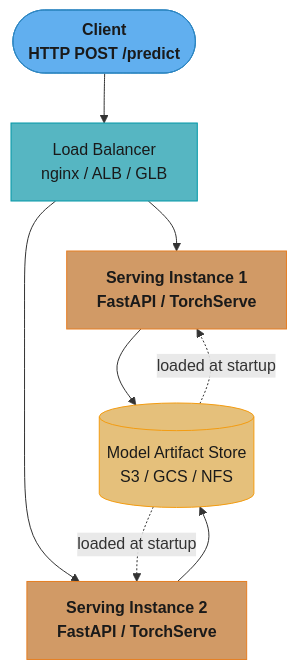
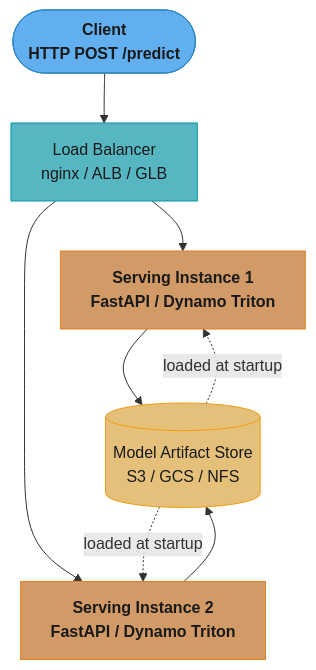
The first of 5 diagrams in src/main/java/com/rutik/systemdesign/ml/model_serving_and_inference/README.md (rppol/system-design), drawn with Mermaid before and after one commit. The commit also changed other lines of this file and 47 other files, not shown here.

````diff
--- a/src/main/java/com/rutik/systemdesign/ml/model_serving_and_inference/README.md
+++ b/src/main/java/com/rutik/systemdesign/ml/model_serving_and_inference/README.md
@@ -94,23 +94,23 @@
 ```mermaid
 flowchart TD
     classDef io      fill:#61afef,stroke:#2e86c1,color:#1a1a1a,font-weight:bold
     classDef frozen  fill:#c678dd,stroke:#9b59b6,color:#fff
     classDef train   fill:#98c379,stroke:#27ae60,color:#1a1a1a
     classDef mathOp  fill:#d19a66,stroke:#e67e22,color:#1a1a1a,font-weight:bold
     classDef lossN   fill:#e06c75,stroke:#c0392b,color:#fff,font-weight:bold
     classDef req     fill:#56b6c2,stroke:#0097a7,color:#1a1a1a
     classDef base    fill:#e5c07b,stroke:#f39c12,color:#1a1a1a
 
     client(["Client\nHTTP POST /predict"]) --> lb["Load Balancer\nnginx / ALB / GLB"]
-    lb --> s1["Serving Instance 1\nFastAPI / TorchServe"]
-    lb --> s2["Serving Instance 2\nFastAPI / TorchServe"]
+    lb --> s1["Serving Instance 1\nFastAPI / Dynamo Triton"]
+    lb --> s2["Serving Instance 2\nFastAPI / Dynamo Triton"]
     s1 --> store[("Model Artifact Store\nS3 / GCS / NFS")]
     s2 --> store
     store -.->|"loaded at startup"| s1
     store -.->|"loaded at startup"| s2
 
     class client io
     class lb req
     class s1,s2 mathOp
     class store base
 ```
````
